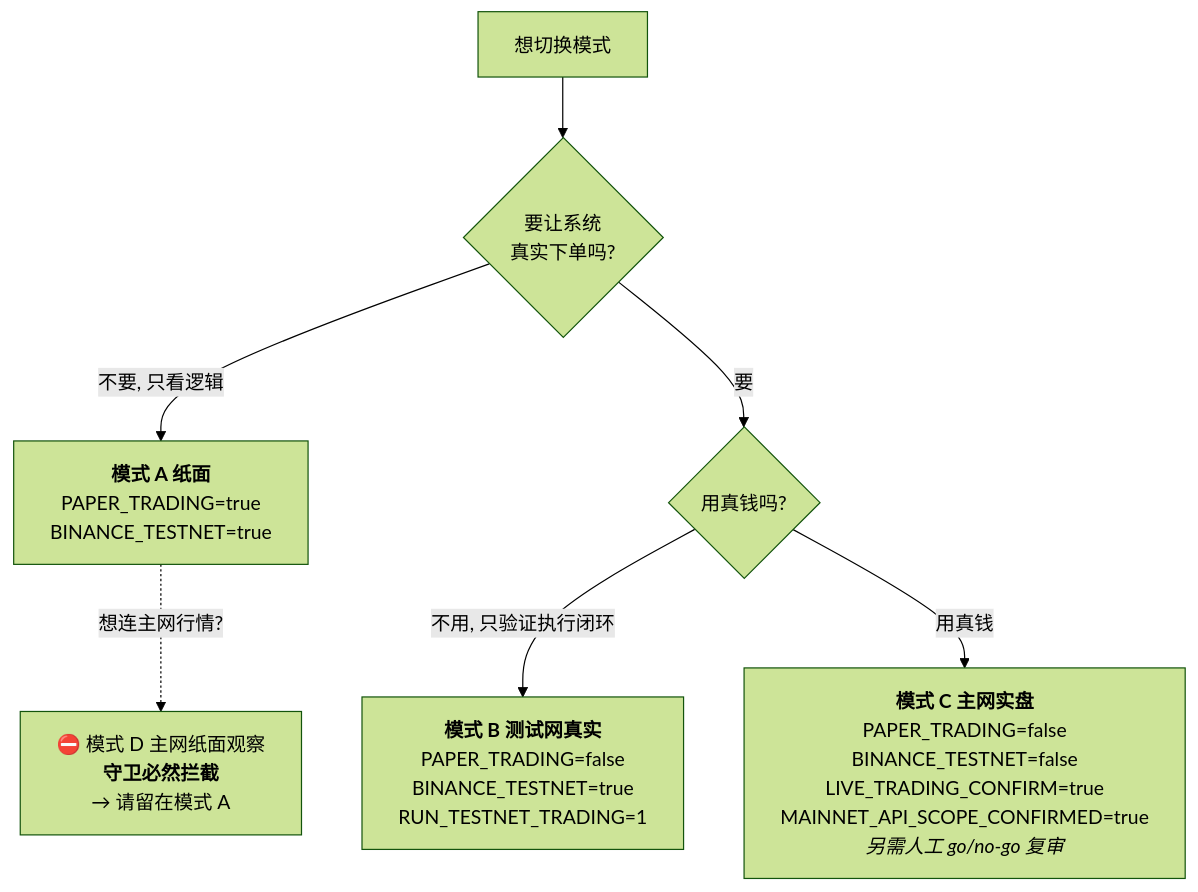
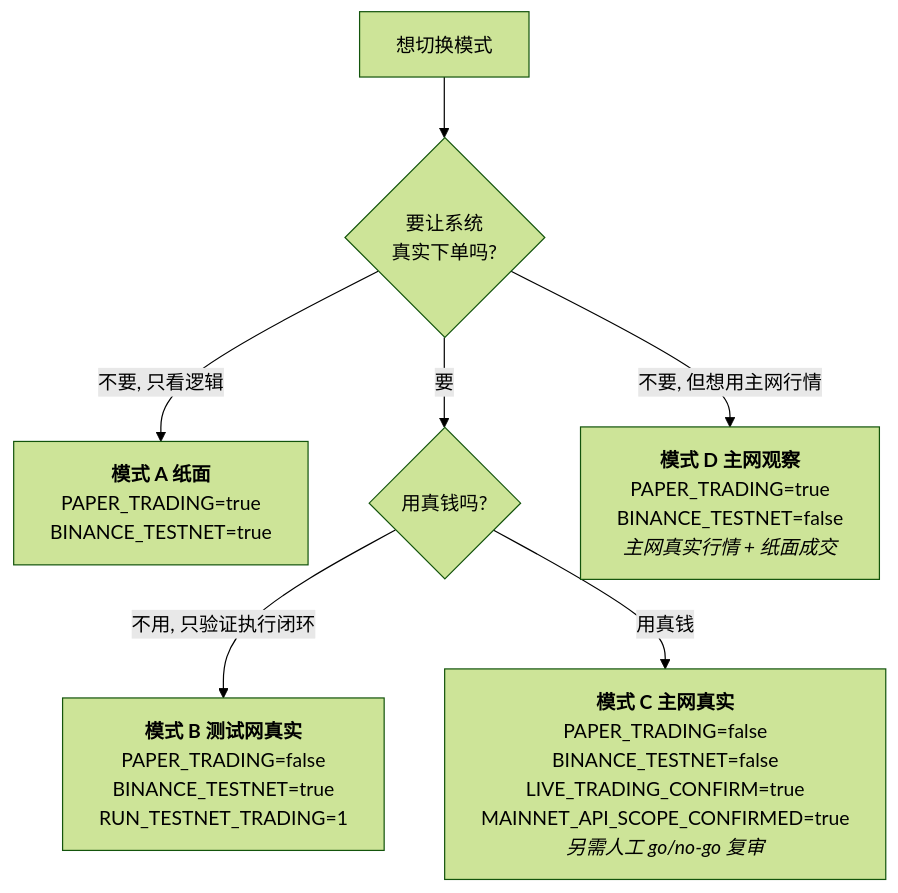
One commit to Tialon/adaptiveTrading changed the diagram in docs/operating-modes-manual.md. Above: the diagram before and after it, drawn with Mermaid (forest theme). The commit also changed other lines of this file and 9 other files, not shown here.

````diff
--- a/docs/operating-modes-manual.md
+++ b/docs/operating-modes-manual.md
@@ -58,9 +62,9 @@
 ```mermaid
 flowchart TD
     S["想切换模式"] --> Q1{"要让系统<br/>真实下单吗?"}
     Q1 -->|不要, 只看逻辑| A["<b>模式 A 纸面</b><br/>PAPER_TRADING=true<br/>BINANCE_TESTNET=true"]
     Q1 -->|要| Q2{"用真钱吗?"}
     Q2 -->|不用, 只验证执行闭环| B["<b>模式 B 测试网真实</b><br/>PAPER_TRADING=false<br/>BINANCE_TESTNET=true<br/>RUN_TESTNET_TRADING=1"]
-    Q2 -->|用真钱| C["<b>模式 C 主网实盘</b><br/>PAPER_TRADING=false<br/>BINANCE_TESTNET=false<br/>LIVE_TRADING_CONFIRM=true<br/>MAINNET_API_SCOPE_CONFIRMED=true<br/><i>另需人工 go/no-go 复审</i>"]
-    A -.->|想连主网行情?| D["⛔ 模式 D 主网纸面观察<br/><b>守卫必然拦截</b><br/>→ 请留在模式 A"]
+    Q2 -->|用真钱| C["<b>模式 C 主网真实</b><br/>PAPER_TRADING=false<br/>BINANCE_TESTNET=false<br/>LIVE_TRADING_CONFIRM=true<br/>MAINNET_API_SCOPE_CONFIRMED=true<br/><i>另需人工 go/no-go 复审</i>"]
+    Q1 -->|不要, 但想用主网行情| D["<b>模式 D 主网观察</b><br/>PAPER_TRADING=true<br/>BINANCE_TESTNET=false<br/><i>主网真实行情 + 纸面成交</i>"]
 ```
````
